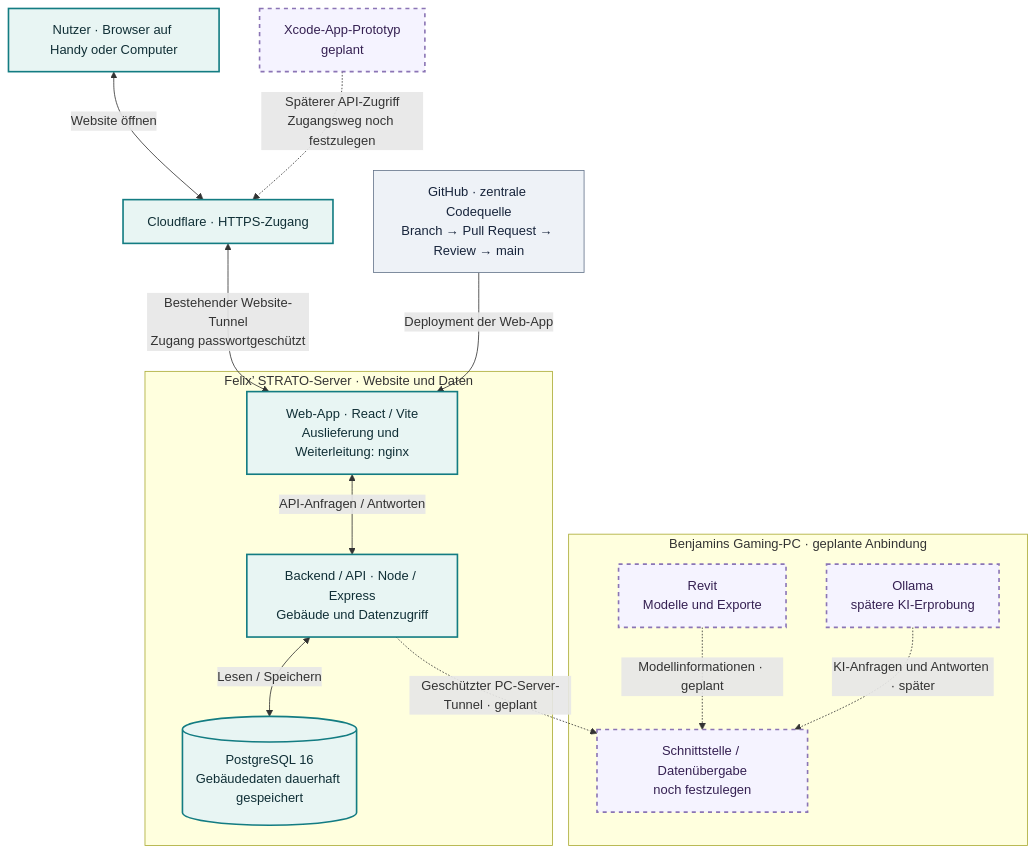
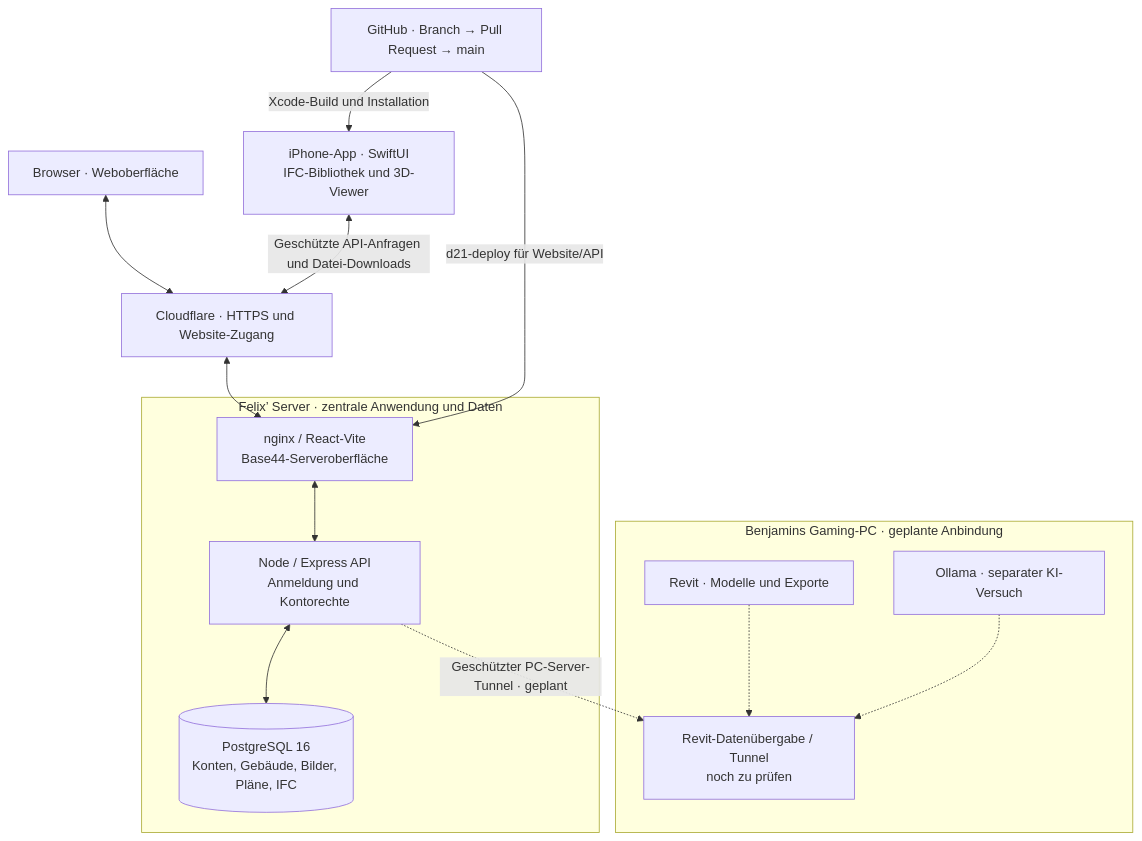
Before and after one commit to felixdoering05-prog/GST_Teamprojekt_Team_1: the diagram in README.md, drawn with Mermaid. The commit also changed other lines of this file and 7 other files, not shown here.

````diff
--- a/README.md
+++ b/README.md
@@ -90,38 +86,27 @@
 ```mermaid
 flowchart TB
-    user["Nutzer · Browser auf Handy oder Computer"]
-    cloud["Cloudflare · HTTPS-Zugang"]
-
-    subgraph server["Felix’ STRATO-Server · Website und Daten"]
-        web["Web-App · React / Vite<br/>Auslieferung und Weiterleitung: nginx"]
-        api["Backend / API · Node / Express<br/>Gebäude und Datenzugriff"]
-        db[("PostgreSQL 16<br/>Gebäudedaten dauerhaft gespeichert")]
-        web <-->|"API-Anfragen / Antworten"| api
-        api <-->|"Lesen / Speichern"| db
+    browser["Browser · Weboberfläche"]
+    iphone["iPhone-App · SwiftUI<br/>IFC-Bibliothek und 3D-Viewer"]
+    cloud["Cloudflare · HTTPS und Website-Zugang"]
+    subgraph server["Felix’ Server · zentrale Anwendung und Daten"]
+        web["nginx / React-Vite<br/>Base44-Serveroberfläche"]
+        api["Node / Express API<br/>Anmeldung und Kontorechte"]
+        db[("PostgreSQL 16<br/>Konten, Gebäude, Bilder, Pläne, IFC")]
+        web <--> api
+        api <--> db
     end
-
-    user <-->|"Website öffnen"| cloud
-    cloud <-->|"Bestehender Website-Tunnel<br/>Zugang passwortgeschützt"| web
-
+    browser <--> cloud
+    iphone <-->|"Geschützte API-Anfragen und Datei-Downloads"| cloud
+    cloud <--> web
     subgraph pc["Benjamins Gaming-PC · geplante Anbindung"]
-        bridge["Schnittstelle / Datenübergabe<br/>noch festzulegen"]
-        revit["Revit<br/>Modelle und Exporte"]
-        ollama["Ollama<br/>spätere KI-Erprobung"]
-        revit -.->|"Modellinformationen · geplant"| bridge
-        ollama -.->|"KI-Anfragen und Antworten · später"| bridge
+        bridge["Revit-Datenübergabe / Tunnel<br/>noch zu prüfen"]
+        revit["Revit · Modelle und Exporte"]
+        ollama["Ollama · separater KI-Versuch"]
+        revit -.-> bridge
+        ollama -.-> bridge
     end
-
     api -.->|"Geschützter PC-Server-Tunnel · geplant"| bridge
-    mobile["Xcode-App-Prototyp<br/>geplant"]
-    mobile -.->|"Späterer API-Zugriff<br/>Zugangsweg noch festzulegen"| cloud
-
-    github["GitHub · zentrale Codequelle<br/>Branch → Pull Request → Review → main"]
-    github -->|"Deployment der Web-App"| web
-
-    classDef live fill:#e8f5f3,stroke:#137c82,color:#102f36,stroke-width:2px
-    classDef planned fill:#f5f3ff,stroke:#8b75b5,color:#352052,stroke-width:2px,stroke-dasharray:5 5
-    classDef source fill:#eef2f7,stroke:#64748b,color:#17243b
-    class user,cloud,web,api,db live
-    class bridge,revit,ollama,mobile planned
-    class github source
+    github["GitHub · Branch → Pull Request → main"]
+    github -->|"d21-deploy für Website/API"| web
+    github -->|"Xcode-Build und Installation"| iphone
 ```
````
